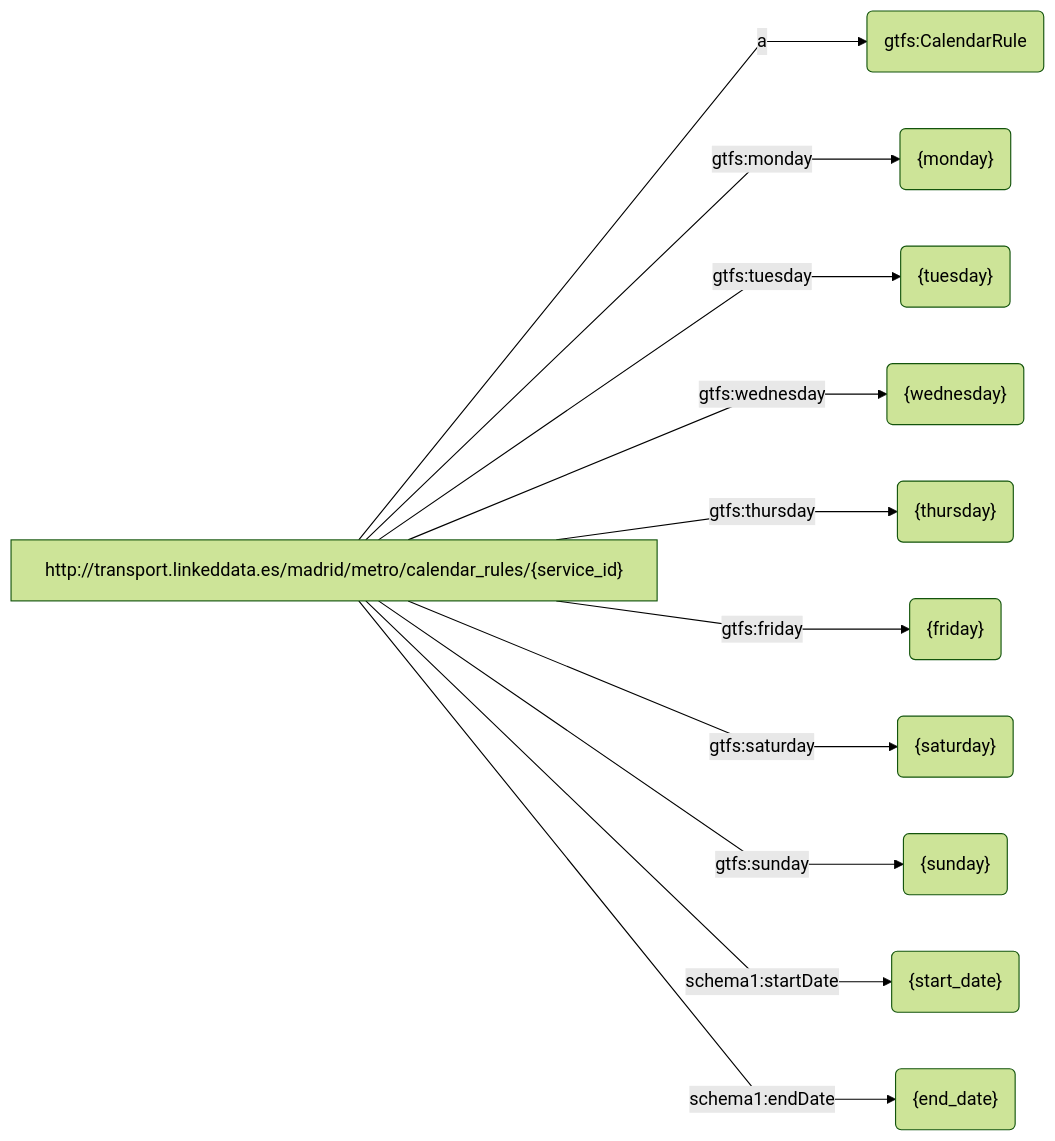
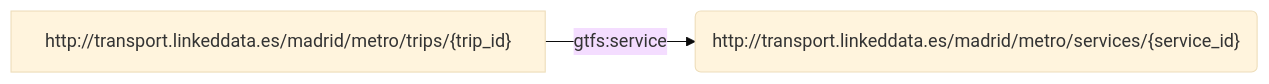
The fifth of 25 diagrams in example/example.md (oeg-upm/rmldoc), drawn with Mermaid before and after one commit. The commit also changed other lines of this file and 2 other files, not shown here.

````diff
--- a/example/example.md
+++ b/example/example.md
@@ -144,15 +141,7 @@
 ```mermaid
-%%{ init : { "theme" : "forest", "flowchart" : { "curve" : "linear" }}}%%
+%%{ init : { "theme" : "base", "flowchart" : { "curve" : "linear" }}}%%
+
 flowchart LR
-S["http://transport.linkeddata.es/madrid/metro/calendar_rules/{service_id}"] -->|"a"| object1("gtfs:CalendarRule")
-S["http://transport.linkeddata.es/madrid/metro/calendar_rules/{service_id}"] -->|"gtfs:monday"| object2("{monday}")
-S["http://transport.linkeddata.es/madrid/metro/calendar_rules/{service_id}"] -->|"gtfs:tuesday"| object3("{tuesday}")
-S["http://transport.linkeddata.es/madrid/metro/calendar_rules/{service_id}"] -->|"gtfs:wednesday"| object4("{wednesday}")
-S["http://transport.linkeddata.es/madrid/metro/calendar_rules/{service_id}"] -->|"gtfs:thursday"| object5("{thursday}")
-S["http://transport.linkeddata.es/madrid/metro/calendar_rules/{service_id}"] -->|"gtfs:friday"| object6("{friday}")
-S["http://transport.linkeddata.es/madrid/metro/calendar_rules/{service_id}"] -->|"gtfs:saturday"| object7("{saturday}")
-S["http://transport.linkeddata.es/madrid/metro/calendar_rules/{service_id}"] -->|"gtfs:sunday"| object8("{sunday}")
-S["http://transport.linkeddata.es/madrid/metro/calendar_rules/{service_id}"] -->|"schema1:startDate"| object9("{start_date}")
-S["http://transport.linkeddata.es/madrid/metro/calendar_rules/{service_id}"] -->|"schema1:endDate"| object10("{end_date}")
-    
+S2["http://transport.linkeddata.es/madrid/metro/trips/{trip_id}"] -->|"gtfs:service"| object2("http://transport.linkeddata.es/madrid/metro/services/{service_id}")
+
 ``` 
````
